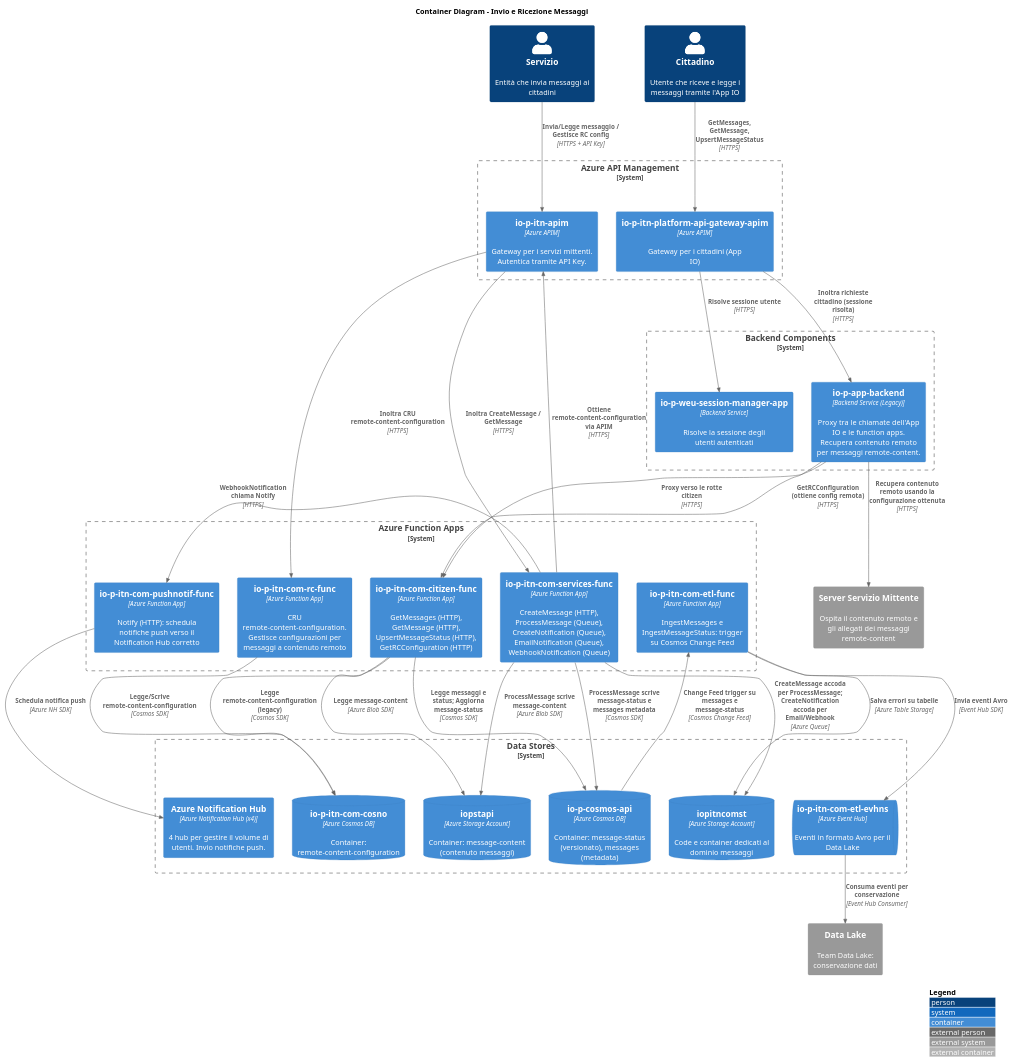
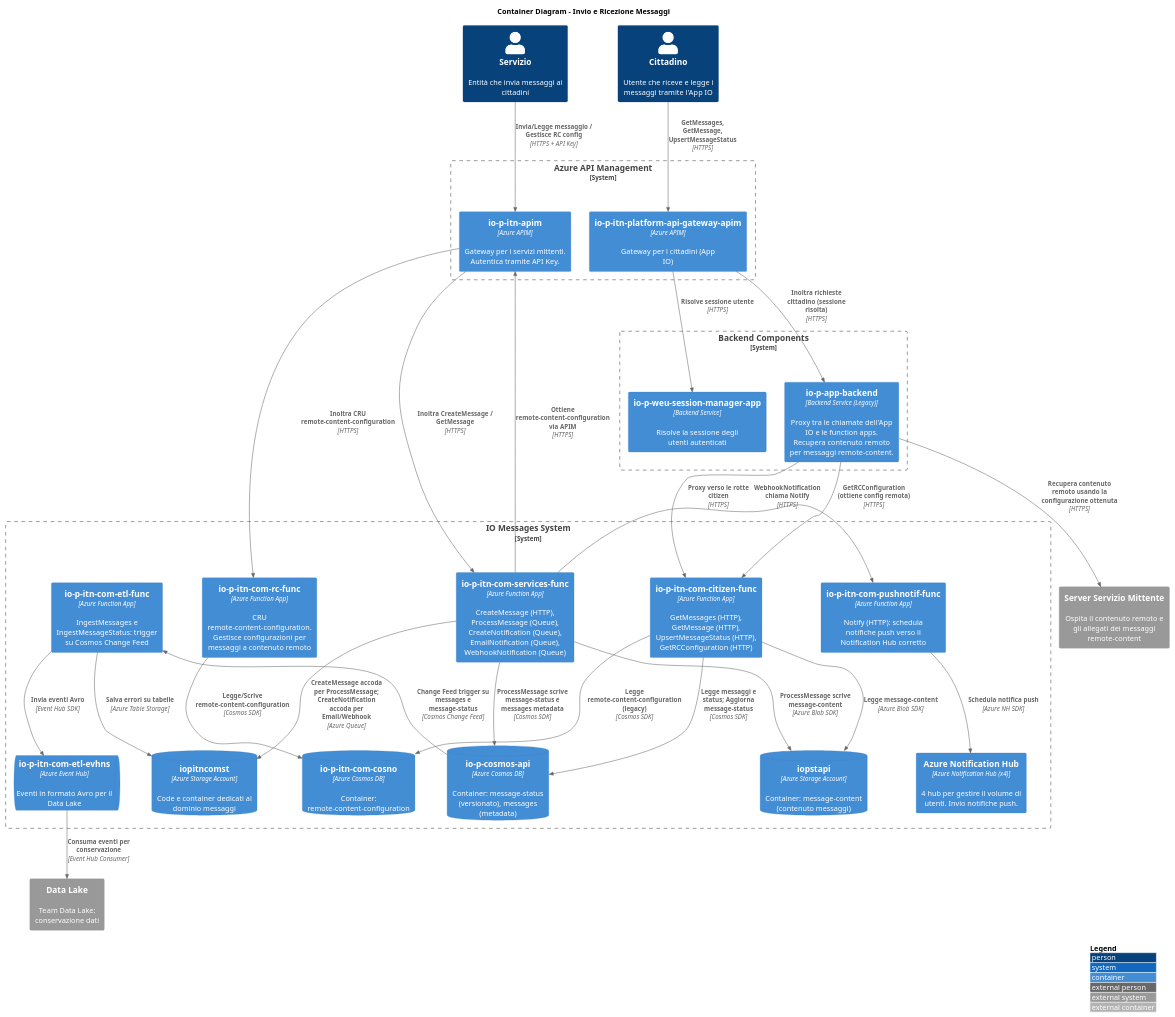
The diagram in docs/c4/puml/container-diagram.puml (pagopa/io-messages), drawn with PlantUML before and after one commit. The commit also changed 3 other files, not shown here.

Commit message:
Add system context diagram

```diff
--- a/docs/c4/puml/container-diagram.puml
+++ b/docs/c4/puml/container-diagram.puml
@@ -1,84 +1,82 @@
 @startuml Container Diagram - IO Messages
 !include https://raw.githubusercontent.com/plantuml-stdlib/C4-PlantUML/master/C4_Container.puml
 
 title Container Diagram - Invio e Ricezione Messaggi
 
 LAYOUT_WITH_LEGEND()
 
 ' Actors
 Person(citizen, "Cittadino", "Utente che riceve e legge i messaggi tramite l'App IO")
 Person(service, "Servizio", "Entità che invia messaggi ai cittadini")
 
 ' API Gateways
 System_Boundary(apim_boundary, "Azure API Management") {
     Container(apim_services, "io-p-itn-apim", "Azure APIM", "Gateway per i servizi mittenti. Autentica tramite API Key.")
     Container(apim_citizen, "io-p-itn-platform-api-gateway-apim", "Azure APIM", "Gateway per i cittadini (App IO)")
 }
 
 ' Backend Components
 System_Boundary(backend_boundary, "Backend Components") {
     Container(session_manager, "io-p-weu-session-manager-app", "Backend Service", "Risolve la sessione degli utenti autenticati")
     Container(app_backend, "io-p-app-backend", "Backend Service (Legacy)", "Proxy tra le chiamate dell'App IO e le function apps. Recupera contenuto remoto per messaggi remote-content.")
 }
 
-' Function Apps
-System_Boundary(func_boundary, "Azure Function Apps") {
+System_Boundary(func_boundary, "IO Messages System") {
+    ' Function Apps
     Container(services_func, "io-p-itn-com-services-func", "Azure Function App", "CreateMessage (HTTP), ProcessMessage (Queue), CreateNotification (Queue), EmailNotification (Queue), WebhookNotification (Queue)")
     Container(citizen_func, "io-p-itn-com-citizen-func", "Azure Function App", "GetMessages (HTTP), GetMessage (HTTP), UpsertMessageStatus (HTTP), GetRCConfiguration (HTTP)")
     Container(pushnotif_func, "io-p-itn-com-pushnotif-func", "Azure Function App", "Notify (HTTP): schedula notifiche push verso il Notification Hub corretto")
     Container(rc_func, "io-p-itn-com-rc-func", "Azure Function App", "CRU remote-content-configuration. Gestisce configurazioni per messaggi a contenuto remoto")
     Container(etl_ingest, "io-p-itn-com-etl-func", "Azure Function App", "IngestMessages e IngestMessageStatus: trigger su Cosmos Change Feed")
-}
 
-' Data Stores
-System_Boundary(data_boundary, "Data Stores") {
+    ' Data Stores
     ContainerDb(cosmos, "io-p-cosmos-api", "Azure Cosmos DB", "Container: message-status (versionato), messages (metadata)")
     ContainerDb(cosmos_com, "io-p-itn-com-cosno", "Azure Cosmos DB", "Container: remote-content-configuration")
     ContainerDb(storage_content, "iopstapi", "Azure Storage Account", "Container: message-content (contenuto messaggi)")
     ContainerDb(storage_domain, "iopitncomst", "Azure Storage Account", "Code e container dedicati al dominio messaggi")
     ContainerQueue(eventhub, "io-p-itn-com-etl-evhns", "Azure Event Hub", "Eventi in formato Avro per il Data Lake")
     Container(notification_hub, "Azure Notification Hub", "Azure Notification Hub (x4)", "4 hub per gestire il volume di utenti. Invio notifiche push.")
 }
 
 ' External Systems
 System_Ext(remote_content_server, "Server Servizio Mittente", "Ospita il contenuto remoto e gli allegati dei messaggi remote-content")
 System_Ext(data_lake, "Data Lake", "Team Data Lake: conservazione dati")
 
 ' Relationships - Services flow
 Rel_D(service, apim_services, "Invia/Legge messaggio / Gestisce RC config", "HTTPS + API Key")
 Rel_D(apim_services, services_func, "Inoltra CreateMessage / GetMessage", "HTTPS")
 Rel_D(apim_services, rc_func, "Inoltra CRU remote-content-configuration", "HTTPS")
 
 ' Services func internal flow
 Rel_D(services_func, storage_domain, "CreateMessage accoda per ProcessMessage;\nCreateNotification accoda per Email/Webhook", "Azure Queue")
 Rel_D(services_func, cosmos, "ProcessMessage scrive message-status e messages metadata", "Cosmos SDK")
 Rel_D(services_func, storage_content, "ProcessMessage scrive message-content", "Azure Blob SDK")
 Rel_R(services_func, pushnotif_func, "WebhookNotification chiama Notify", "HTTPS")
-Rel_L(services_func, apim_services, "Ottiene remote-content-configuration via APIM", "HTTPS")
+Rel_U(services_func, apim_services, "Ottiene remote-content-configuration via APIM", "HTTPS")
 
 ' RC func
 Rel_D(rc_func, cosmos_com, "Legge/Scrive remote-content-configuration", "Cosmos SDK")
 
 ' Push notification flow
 Rel_D(pushnotif_func, notification_hub, "Schedula notifica push", "Azure NH SDK")
 
 ' Citizen flow
 Rel_D(citizen, apim_citizen, "GetMessages, GetMessage, UpsertMessageStatus", "HTTPS")
 Rel_D(apim_citizen, session_manager, "Risolve sessione utente", "HTTPS")
 Rel_D(apim_citizen, app_backend, "Inoltra richieste cittadino (sessione risolta)", "HTTPS")
 Rel_D(app_backend, citizen_func, "Proxy verso le rotte citizen", "HTTPS")
 Rel_D(citizen_func, cosmos, "Legge messaggi e status; Aggiorna message-status", "Cosmos SDK")
 Rel_D(citizen_func, storage_content, "Legge message-content", "Azure Blob SDK")
 
 ' ETL / Data Lake flow
-Rel_D(cosmos, etl_ingest, "Change Feed trigger su messages e message-status", "Cosmos Change Feed")
+Rel_U(cosmos, etl_ingest, "Change Feed trigger su messages e message-status", "Cosmos Change Feed")
 Rel_D(etl_ingest, eventhub, "Invia eventi Avro", "Event Hub SDK")
 Rel_D(etl_ingest, storage_domain, "Salva errori su tabelle", "Azure Table Storage")
 Rel_D(eventhub, data_lake, "Consuma eventi per conservazione", "Event Hub Consumer")
 
 ' Remote content flow (legacy)
 Rel_D(app_backend, citizen_func, "GetRCConfiguration (ottiene config remota)", "HTTPS")
 Rel_D(citizen_func, cosmos_com, "Legge remote-content-configuration (legacy)", "Cosmos SDK")
 Rel_D(app_backend, remote_content_server, "Recupera contenuto remoto usando la configurazione ottenuta", "HTTPS")
 
 @enduml
```
